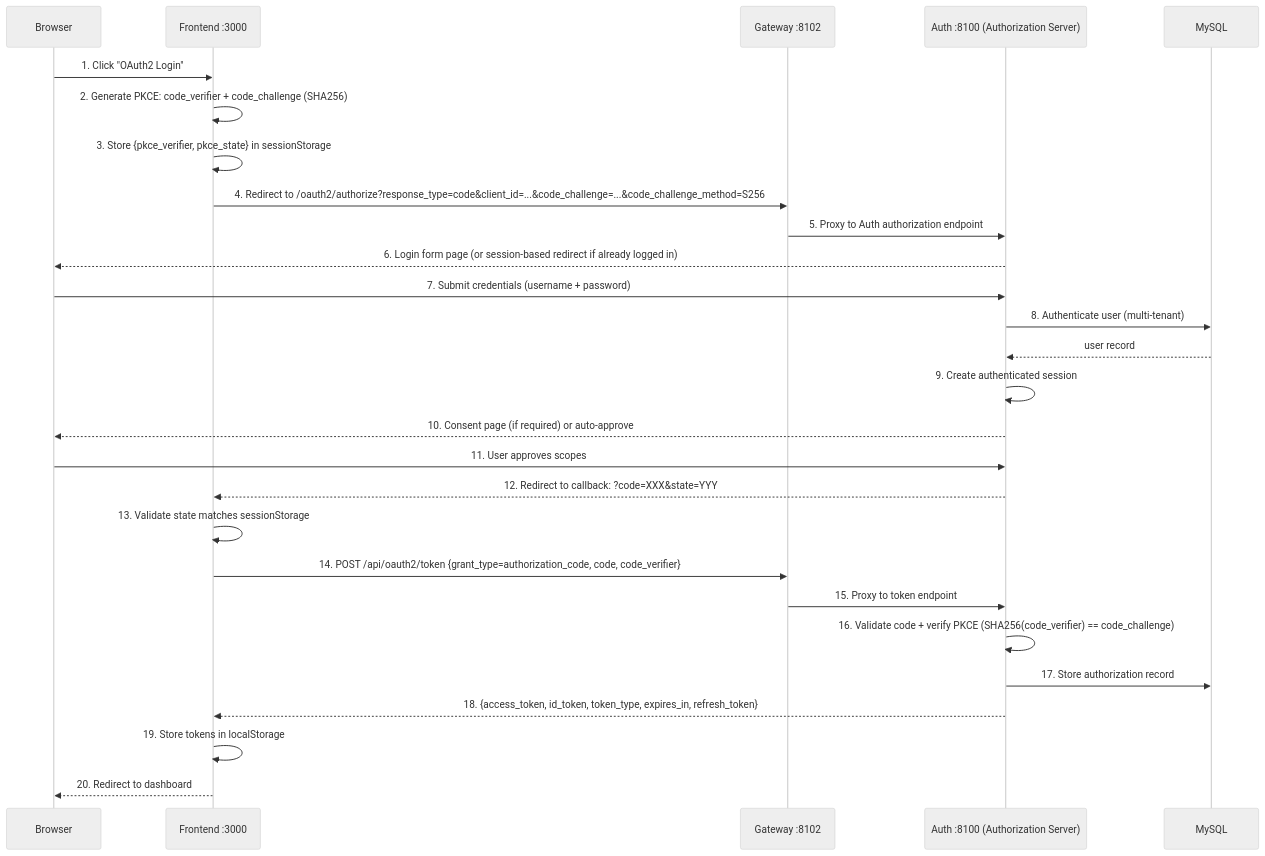
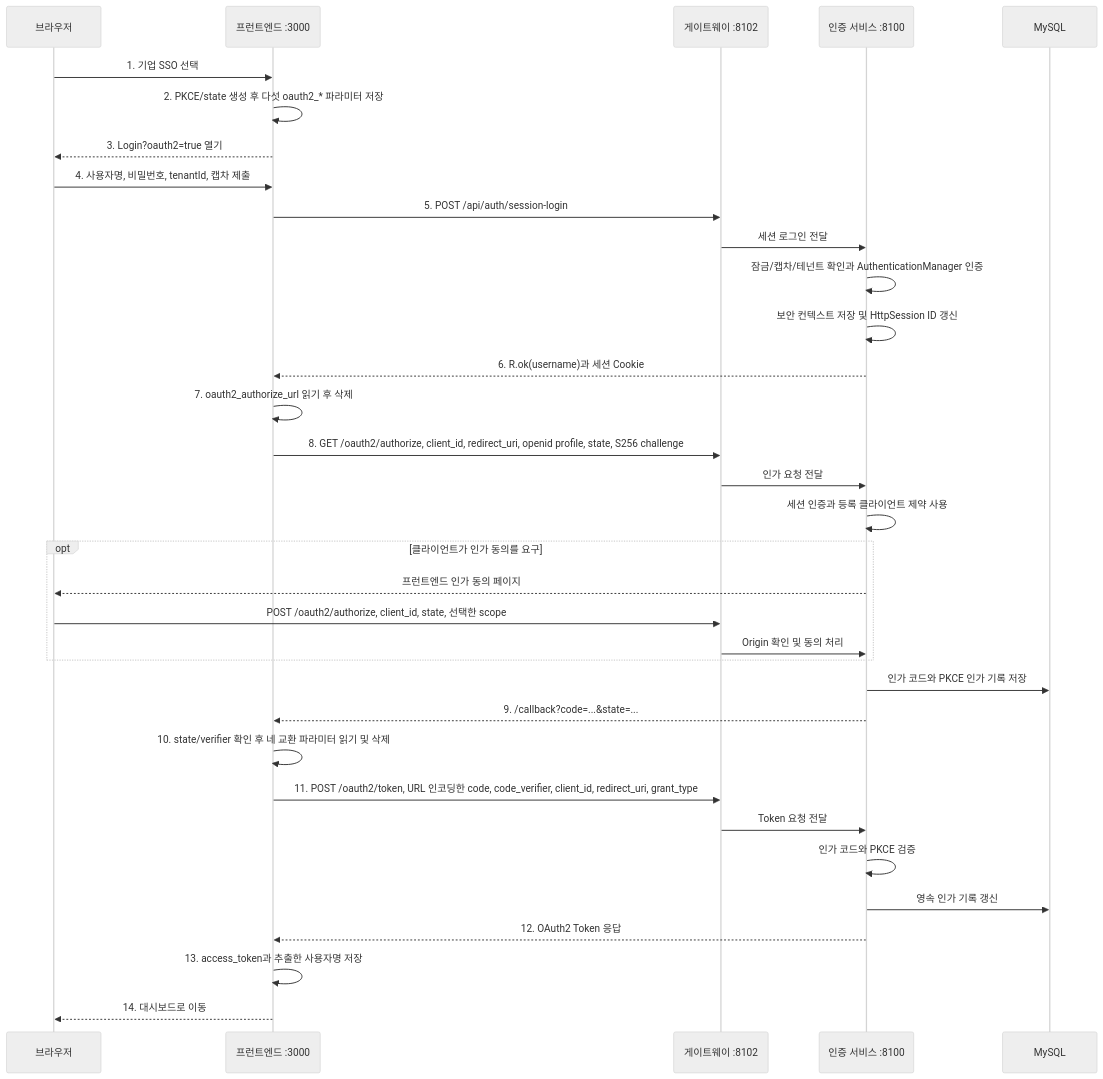
Before and after one commit to wang-baohai/Omni-Stack: the second of 21 diagrams in docs/core-flows.kr.md, drawn with Mermaid (neutral theme). The commit also changed other lines of this file and 1095 other files, not shown here.

````diff
--- a/docs/core-flows.kr.md
+++ b/docs/core-flows.kr.md
@@ -277,30 +162,37 @@
 ```mermaid
 sequenceDiagram
-    participant B as Browser
-    participant F as Frontend :3000
-    participant G as Gateway :8102
-    participant A as Auth :8100 (Authorization Server)
+    participant B as 브라우저
+    participant F as 프런트엔드 :3000
+    participant G as 게이트웨이 :8102
+    participant A as 인증 서비스 :8100
     participant M as MySQL
 
-    B->>F: 1. Click "OAuth2 Login"
-    F->>F: 2. Generate PKCE: code_verifier + code_challenge (SHA256)
-    F->>F: 3. Store {pkce_verifier, pkce_state} in sessionStorage
-    F->>G: 4. Redirect to /oauth2/authorize?response_type=code&client_id=...&code_challenge=...&code_challenge_method=S256
-    G->>A: 5. Proxy to Auth authorization endpoint
-    A-->>B: 6. Login form page (or session-based redirect if already logged in)
-    B->>A: 7. Submit credentials (username + password)
-    A->>M: 8. Authenticate user (multi-tenant)
-    M-->>A: user record
-    A->>A: 9. Create authenticated session
-    A-->>B: 10. Consent page (if required) or auto-approve
-    B->>A: 11. User approves scopes
-    A-->>F: 12. Redirect to callback: ?code=XXX&state=YYY
-    F->>F: 13. Validate state matches sessionStorage
-    F->>G: 14. POST /api/oauth2/token {grant_type=authorization_code, code, code_verifier}
-    G->>A: 15. Proxy to token endpoint
-    A->>A: 16. Validate code + verify PKCE (SHA256(code_verifier) == code_challenge)
-    A->>M: 17. Store authorization record
-    A-->>F: 18. {access_token, id_token, token_type, expires_in, refresh_token}
-    F->>F: 19. Store tokens in localStorage
-    F-->>B: 20. Redirect to dashboard
+    B->>F: 1. 기업 SSO 선택
+    F->>F: 2. PKCE/state 생성 후 다섯 oauth2_* 파라미터 저장
+    F-->>B: 3. Login?oauth2=true 열기
+    B->>F: 4. 사용자명, 비밀번호, tenantId, 캡차 제출
+    F->>G: 5. POST /api/auth/session-login
+    G->>A: 세션 로그인 전달
+    A->>A: 잠금/캡차/테넌트 확인과 AuthenticationManager 인증
+    A->>A: 보안 컨텍스트 저장 및 HttpSession ID 갱신
+    A-->>F: 6. R.ok(username)과 세션 Cookie
+    F->>F: 7. oauth2_authorize_url 읽기 후 삭제
+    F->>G: 8. GET /oauth2/authorize, client_id, redirect_uri, openid profile, state, S256 challenge
+    G->>A: 인가 요청 전달
+    A->>A: 세션 인증과 등록 클라이언트 제약 사용
+    opt 클라이언트가 인가 동의를 요구
+    A-->>B: 프런트엔드 인가 동의 페이지
+    B->>G: POST /oauth2/authorize, client_id, state, 선택한 scope
+    G->>A: Origin 확인 및 동의 처리
+    end
+    A->>M: 인가 코드와 PKCE 인가 기록 저장
+    A-->>F: 9. /callback?code=...&state=...
+    F->>F: 10. state/verifier 확인 후 네 교환 파라미터 읽기 및 삭제
+    F->>G: 11. POST /oauth2/token, URL 인코딩한 code, code_verifier, client_id, redirect_uri, grant_type
+    G->>A: Token 요청 전달
+    A->>A: 인가 코드와 PKCE 검증
+    A->>M: 영속 인가 기록 갱신
+    A-->>F: 12. OAuth2 Token 응답
+    F->>F: 13. access_token과 추출한 사용자명 저장
+    F-->>B: 14. 대시보드로 이동
 ```
````
